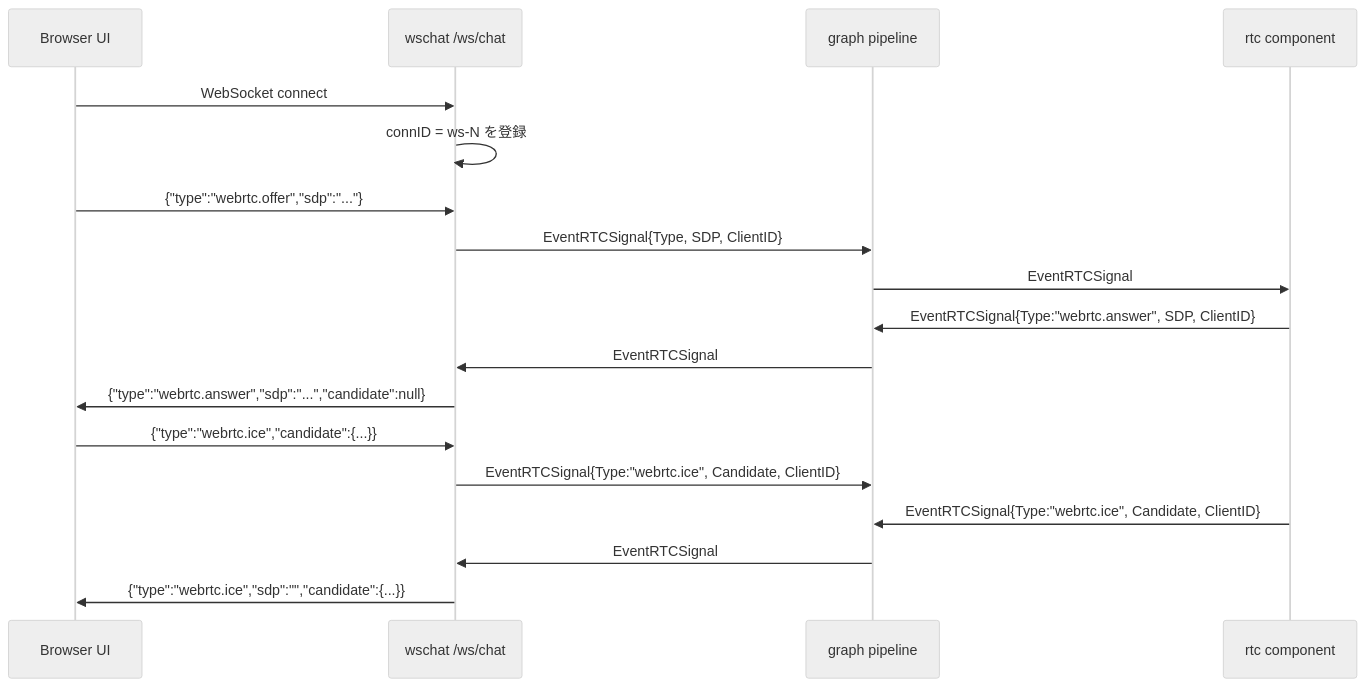
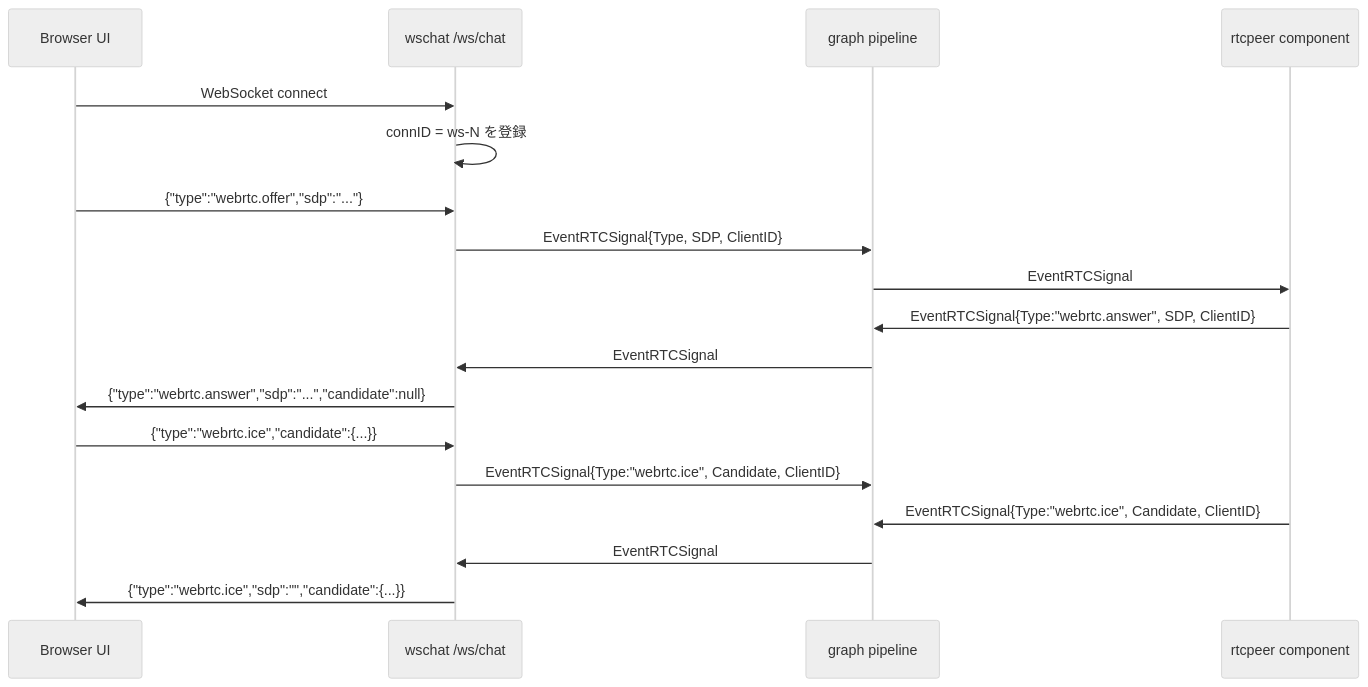
One commit to tetetratra/smart-speaker changed the first of 4 diagrams in docs/components/wschat.md. Above: the diagram before and after it, drawn with Mermaid (neutral theme). The commit also changed other lines of this file and 11 other files, not shown here.

````diff
--- a/docs/components/wschat.md
+++ b/docs/components/wschat.md
@@ -65,21 +65,21 @@
 ```mermaid
 sequenceDiagram
     participant UI as Browser UI
     participant WS as wschat /ws/chat
     participant Graph as graph pipeline
-    participant RTC as rtc component
+    participant RTCPeer as rtcpeer component
 
     UI->>WS: WebSocket connect
     WS->>WS: connID = ws-N を登録
     UI->>WS: {"type":"webrtc.offer","sdp":"..."}
     WS->>Graph: EventRTCSignal{Type, SDP, ClientID}
-    Graph->>RTC: EventRTCSignal
-    RTC->>Graph: EventRTCSignal{Type:"webrtc.answer", SDP, ClientID}
+    Graph->>RTCPeer: EventRTCSignal
+    RTCPeer->>Graph: EventRTCSignal{Type:"webrtc.answer", SDP, ClientID}
     Graph->>WS: EventRTCSignal
     WS->>UI: {"type":"webrtc.answer","sdp":"...","candidate":null}
     UI->>WS: {"type":"webrtc.ice","candidate":{...}}
     WS->>Graph: EventRTCSignal{Type:"webrtc.ice", Candidate, ClientID}
-    RTC->>Graph: EventRTCSignal{Type:"webrtc.ice", Candidate, ClientID}
+    RTCPeer->>Graph: EventRTCSignal{Type:"webrtc.ice", Candidate, ClientID}
     Graph->>WS: EventRTCSignal
     WS->>UI: {"type":"webrtc.ice","sdp":"","candidate":{...}}
 ```
````
